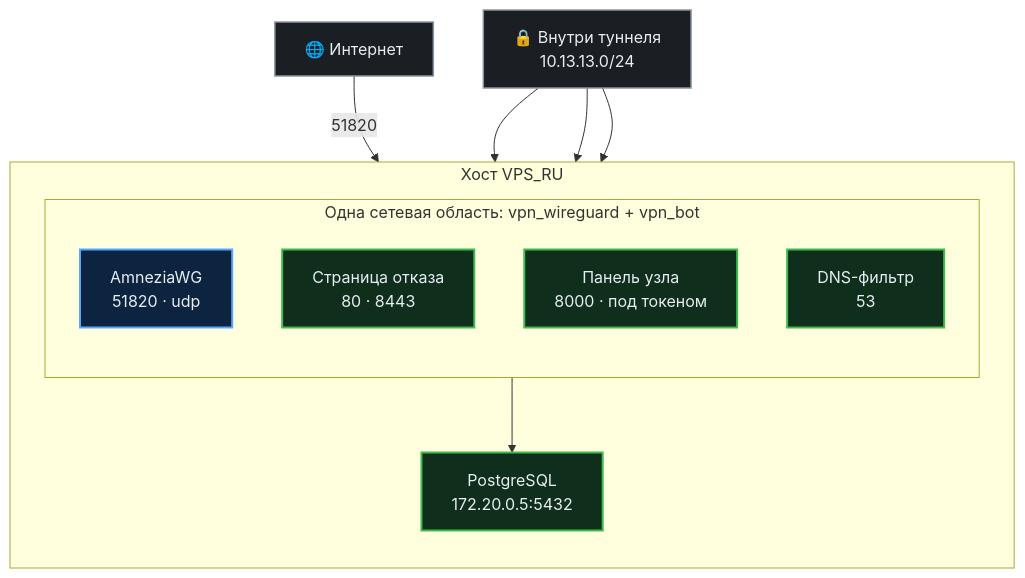
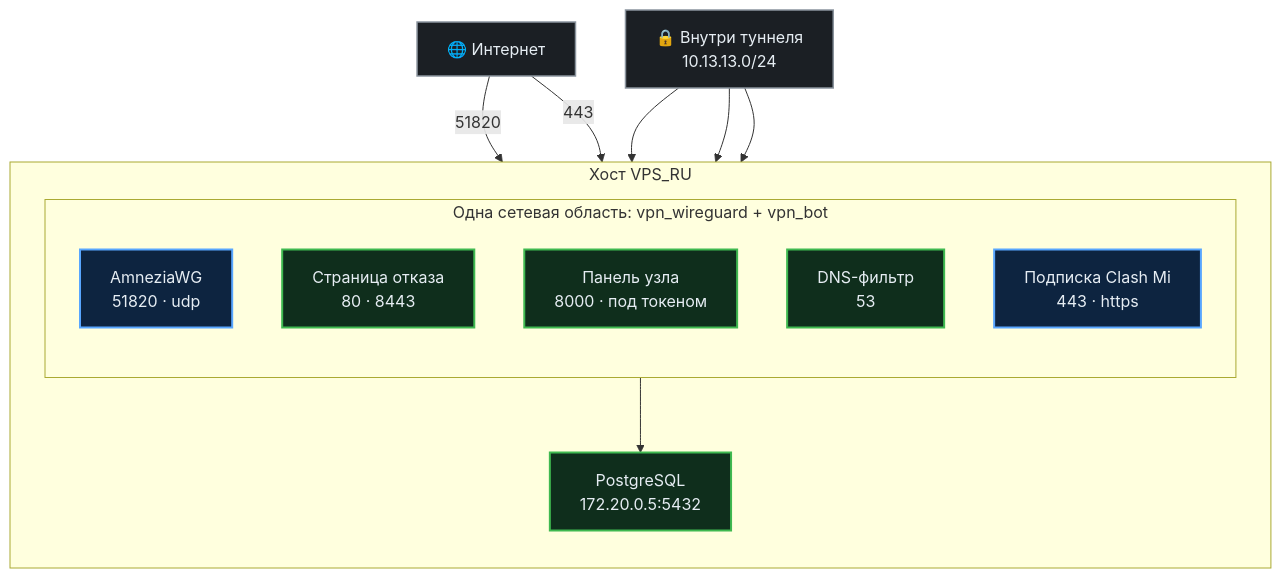
One commit to AnDyQnn/vpn_awg_2_VPS_pub changed the first of 2 diagrams in docs/ports.md. Above: the diagram before and after it, drawn with Mermaid. The commit also changed other lines of this file and 15 other files, not shown here.

First line of the commit message:
8.66.0-beta: подписка Clash Mi — тот же ключ AmneziaWG ссылкой

````diff
--- a/docs/ports.md
+++ b/docs/ports.md
@@ -56,32 +58,34 @@
 ```mermaid
 flowchart TB
     NET["🌐 Интернет"]
 
     subgraph HOST["Хост VPS_RU"]
         direction TB
         subgraph NS["Одна сетевая область: vpn_wireguard + vpn_bot"]
             direction TB
             AWG["AmneziaWG<br/>51820 · udp"]
             PAGE["Страница отказа<br/>80 · 8443"]
             API["Панель узла<br/>8000 · под токеном"]
             DNSF["DNS-фильтр<br/>53"]
+            SUB["Подписка Clash Mi<br/>443 · https"]
         end
         DB["PostgreSQL<br/>172.20.0.5:5432"]
     end
 
     TUN["🔒 Внутри туннеля<br/>10.13.13.0/24"]
 
     NET -->|"51820"| AWG
+    NET -->|"443"| SUB
     TUN --> PAGE
     TUN --> API
     TUN --> DNSF
     API --> DB
 
     classDef pub  fill:#0d2440,stroke:#58a6ff,stroke-width:2px,color:#e6edf3
     classDef priv fill:#0f2e1c,stroke:#3fb950,stroke-width:2px,color:#e6edf3
     classDef out  fill:#1b1f24,stroke:#8b949e,stroke-width:1.5px,color:#e6edf3
 
-    class AWG pub
+    class AWG,SUB pub
     class PAGE,API,DNSF,DB priv
     class NET,TUN out
 ```
````
